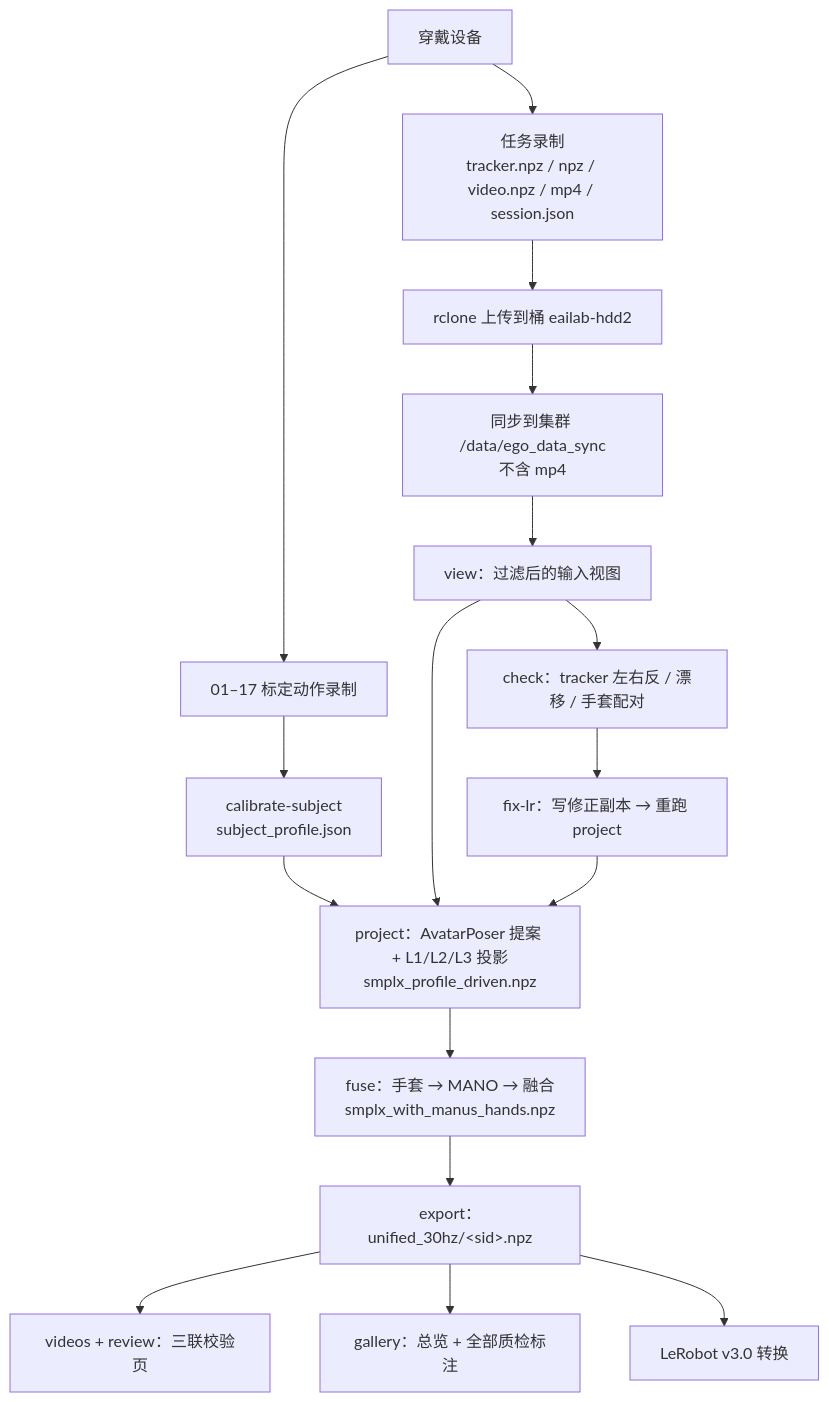
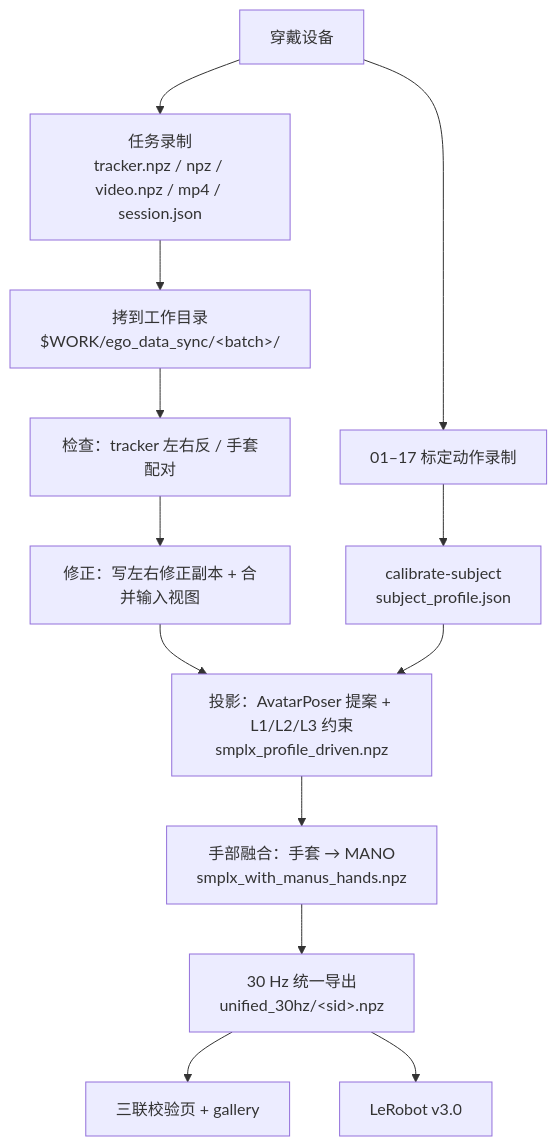
One commit to InternRobotics/EgoExplorer-Guidelines changed the diagram in docs/zh/00_overview.md. Above: the diagram before and after it, drawn with Mermaid. The commit also changed other lines of this file and 24 other files, not shown here.

````diff
--- a/docs/zh/00_overview.md
+++ b/docs/zh/00_overview.md
@@ -20,19 +22,15 @@
 ```mermaid
 flowchart TD
     A[穿戴设备] --> B[01–17 标定动作录制]
     B --> C[calibrate-subject<br/>subject_profile.json]
     A --> D[任务录制<br/>tracker.npz / npz / video.npz / mp4 / session.json]
-    D --> E[rclone 上传到桶 eailab-hdd2]
-    E --> F[同步到集群 /data/ego_data_sync<br/>不含 mp4]
-    F --> G[view：过滤后的输入视图]
-    G --> H[project：AvatarPoser 提案 + L1/L2/L3 投影<br/>smplx_profile_driven.npz]
+    D --> E[拷到工作目录<br/>$WORK/ego_data_sync/&lt;batch&gt;/]
+    E --> I[检查：tracker 左右反 / 手套配对]
+    I --> J[修正：写左右修正副本 + 合并输入视图]
+    J --> H[投影：AvatarPoser 提案 + L1/L2/L3 约束<br/>smplx_profile_driven.npz]
     C --> H
-    G --> I[check：tracker 左右反 / 漂移 / 手套配对]
-    I --> J[fix-lr：写修正副本 → 重跑 project]
-    J --> H
-    H --> K[fuse：手套 → MANO → 融合<br/>smplx_with_manus_hands.npz]
-    K --> L[export：unified_30hz/&lt;sid&gt;.npz]
-    L --> M[videos + review：三联校验页]
-    L --> N[gallery：总览 + 全部质检标注]
-    L --> O[LeRobot v3.0 转换]
+    H --> K[手部融合：手套 → MANO<br/>smplx_with_manus_hands.npz]
+    K --> L[30 Hz 统一导出<br/>unified_30hz/&lt;sid&gt;.npz]
+    L --> M[三联校验页 + gallery]
+    L --> O[LeRobot v3.0]
 ```
````
